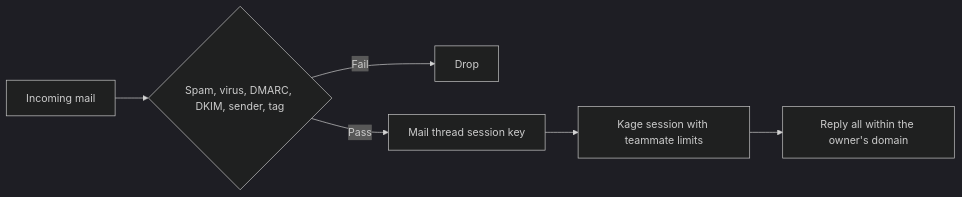
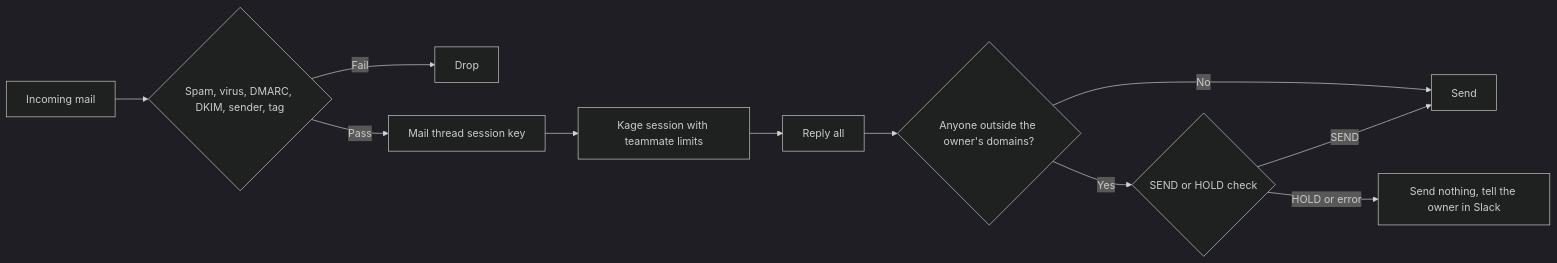
Before and after one commit to aloki-alok/kage: the diagram in docs/concepts/email.md, drawn with Mermaid (dark theme). The commit also changed other lines of this file and 6 other files, not shown here.

Commit message:
Email replies go to everyone on the thread, behind a guard for outside recipients (#254)

````diff
--- a/docs/concepts/email.md
+++ b/docs/concepts/email.md
@@ -1,8 +1,13 @@
 ```mermaid
 flowchart LR
     Mail[Incoming mail] --> Checks{Spam, virus, DMARC, DKIM, sender, tag}
     Checks -->|Fail| Drop[Drop]
     Checks -->|Pass| Key[Mail thread session key]
     Key --> Session[Kage session with teammate limits]
-    Session --> Reply[Reply all within the owner's domain]
+    Session --> Reply[Reply all]
+    Reply --> Outside{Anyone outside the owner's domains?}
+    Outside -->|No| Send[Send]
+    Outside -->|Yes| Guard{SEND or HOLD check}
+    Guard -->|SEND| Send
+    Guard -->|HOLD or error| Hold[Send nothing, tell the owner in Slack]
 ```
````
